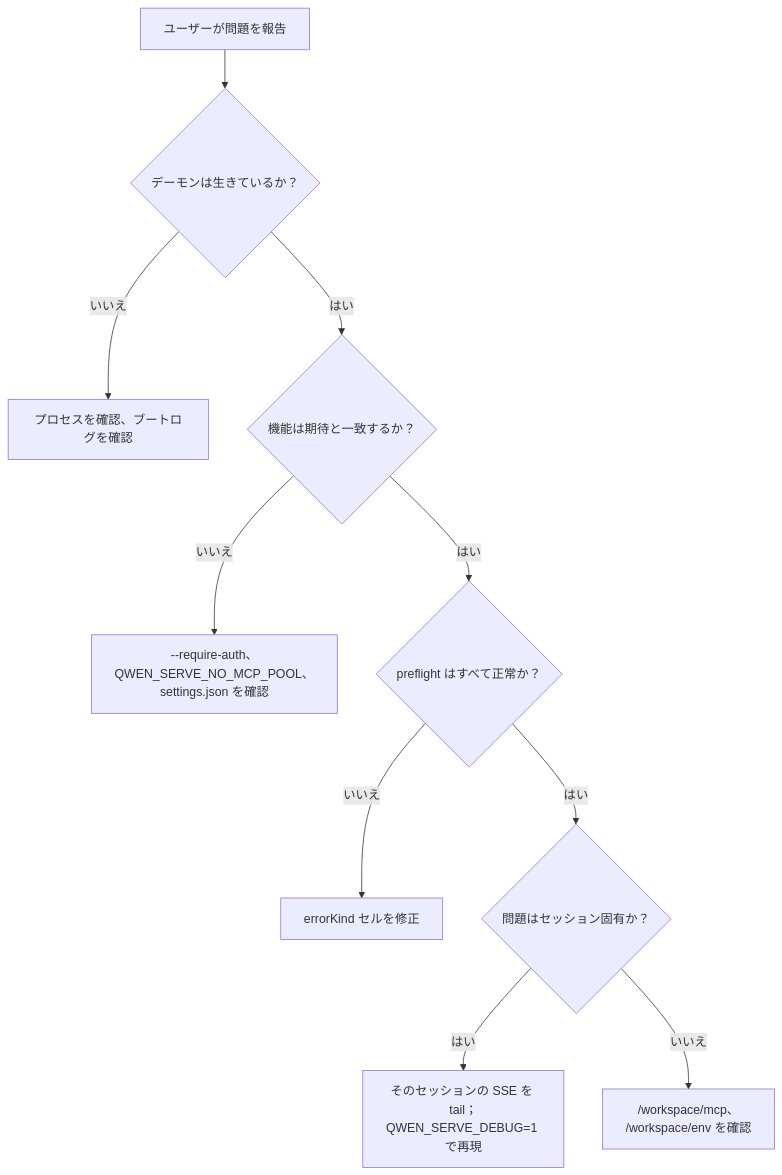
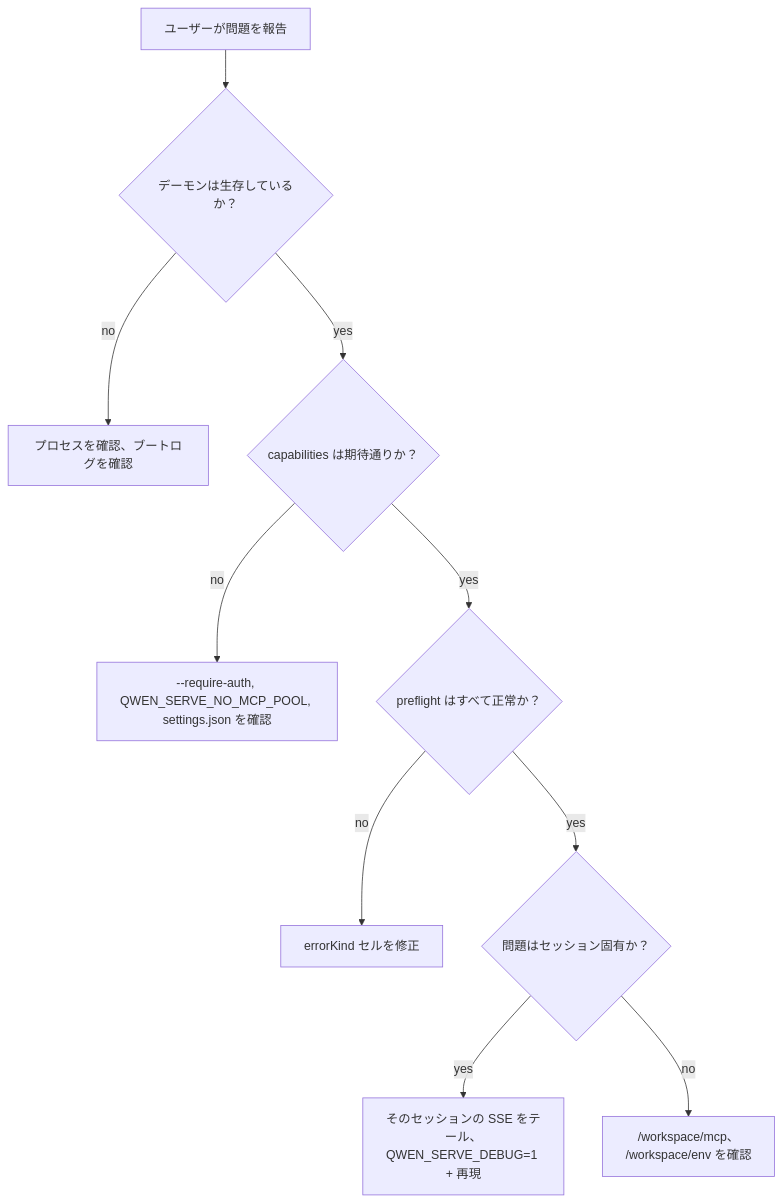
Before and after one commit to QwenLM/qwen-code-docs: the diagram in website/content/ja/developers/daemon/19-observability.md, drawn with Mermaid. The commit also changed other lines of this file and 128 other files, not shown here.

````diff
--- a/website/content/ja/developers/daemon/19-observability.md
+++ b/website/content/ja/developers/daemon/19-observability.md
@@ -98,12 +127,12 @@
 ```mermaid
 flowchart TD
-    A[ユーザーが問題を報告] --> B{デーモンは生きているか？}
-    B -->|いいえ| BD[プロセスを確認、ブートログを確認]
-    B -->|はい| C{機能は期待と一致するか？}
-    C -->|いいえ| CD["--require-auth、QWEN_SERVE_NO_MCP_POOL、settings.json を確認"]
-    C -->|はい| D{preflight はすべて正常か？}
-    D -->|いいえ| DD["errorKind セルを修正"]
-    D -->|はい| E{問題はセッション固有か？}
-    E -->|はい| ES["そのセッションの SSE を tail；<br/>QWEN_SERVE_DEBUG=1 で再現"]
-    E -->|いいえ| EW["/workspace/mcp、<br/>/workspace/env を確認"]
+    A[ユーザーが問題を報告] --> B{デーモンは生存しているか？}
+    B -->|no| BD[プロセスを確認、ブートログを確認]
+    B -->|yes| C{capabilities は期待通りか？}
+    C -->|no| CD["--require-auth, QWEN_SERVE_NO_MCP_POOL, settings.json を確認"]
+    C -->|yes| D{preflight はすべて正常か？}
+    D -->|no| DD["errorKind セルを修正"]
+    D -->|yes| E{問題はセッション固有か？}
+    E -->|yes| ES["そのセッションの SSE をテール、<br/>QWEN_SERVE_DEBUG=1 + 再現"]
+    E -->|no| EW["/workspace/mcp、<br/>/workspace/env を確認"]
 ```
````
